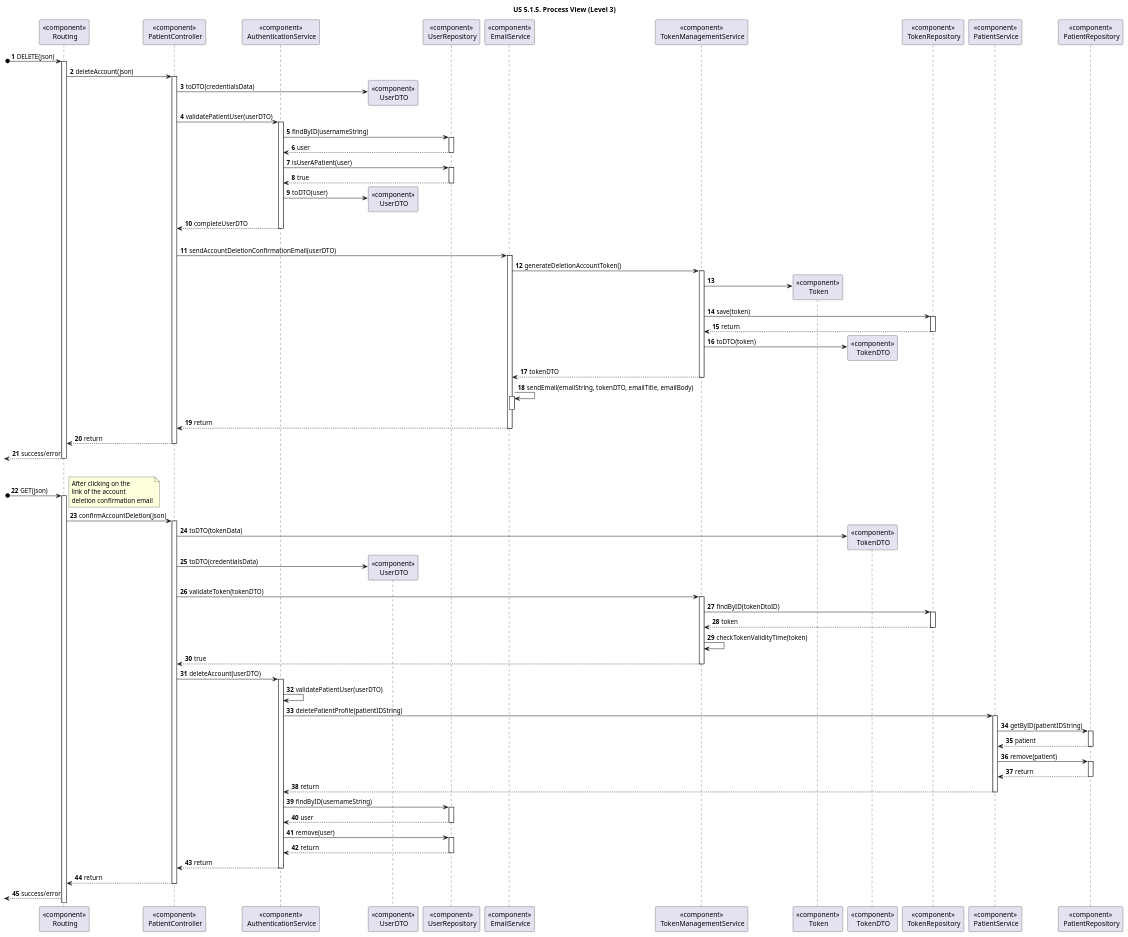
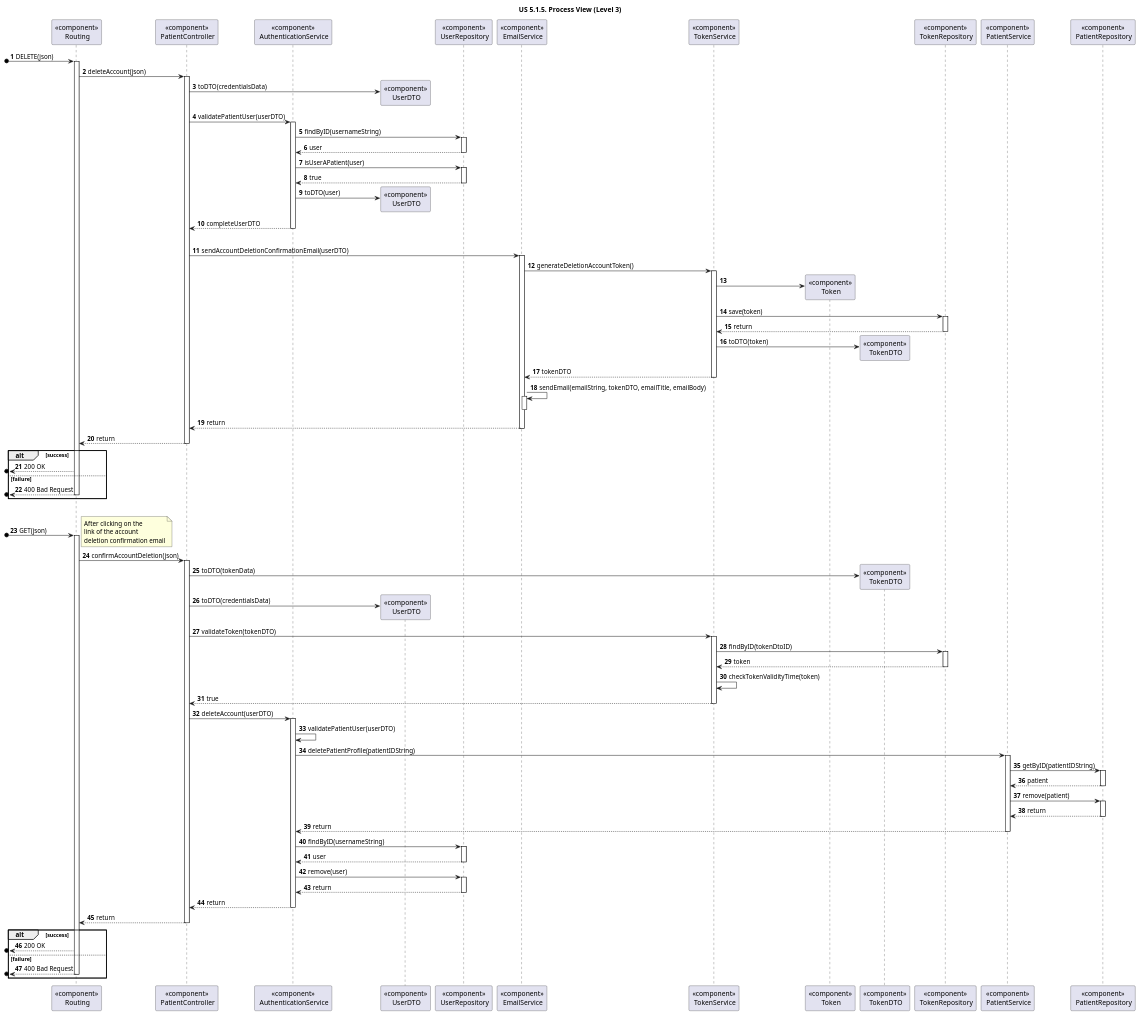
Before and after one commit to rita-barbosa/LAPR5-2425: the diagram in docs/sprint-1/1220683/us-5.1.5/diagrams/Process_View/Level-3/us5-process-view-lvl3.puml, drawn with PlantUML. The commit also changed 2 other files, not shown here.

Commit message:
DG38-4 | docs: process view diagrams update and design patterns justifications corrections

```diff
--- a/docs/sprint-1/1220683/us-5.1.5/diagrams/Process_View/Level-3/us5-process-view-lvl3.puml
+++ b/docs/sprint-1/1220683/us-5.1.5/diagrams/Process_View/Level-3/us5-process-view-lvl3.puml
@@ -1,172 +1,184 @@
 @startuml
 'https://plantuml.com/sequence-diagram
 
 title "US 5.1.5. Process View (Level 3)"
 
 autonumber
 
 participant "<<component>>\n Routing" as ROUTE
 participant "<<component>>\n PatientController" as CONTROL
 
 participant "<<component>>\n AuthenticationService" as AUTHServ
 
 participant "<<component>>\n UserDTO" as UserDTO
 
 participant "<<component>>\n UserRepository" as AUTHRepo
 
 participant "<<component>>\n EmailService" as EMAILServ
 
-participant "<<component>>\n TokenManagementService" as TOKENServ
+participant "<<component>>\n TokenService" as TOKENServ
 participant "<<component>>\n Token" as TOKEN
 participant "<<component>>\n TokenDTO" as TokenDTO
 participant "<<component>>\n TokenRepository" as TOKENRepo
 
 participant "<<component>>\n PatientService" as PATIENTServ
 participant "<<component>>\n PatientRepository" as PATIENTRepo
 
 
 [o-> ROUTE : DELETE(json)
 activate ROUTE
 
 ROUTE -> CONTROL : deleteAccount(json)
 activate CONTROL
 
 CONTROL -> UserDTO** : toDTO(credentialsData)
 
 CONTROL -> AUTHServ : validatePatientUser(userDTO)
 activate AUTHServ
 
 AUTHServ -> AUTHRepo : findByID(usernameString)
 activate AUTHRepo
 
 
 AUTHRepo --> AUTHServ : user
 deactivate AUTHRepo
 
 AUTHServ -> AUTHRepo : isUserAPatient(user)
 activate AUTHRepo
 
 AUTHRepo --> AUTHServ : true
 deactivate AUTHRepo
 
 AUTHServ -> UserDTO ** : toDTO(user)
 
 AUTHServ --> CONTROL : completeUserDTO
 deactivate AUTHServ
 
 |||
 'SENDING EMAIL
 
 CONTROL -> EMAILServ : sendAccountDeletionConfirmationEmail(userDTO)
 activate EMAILServ
 
 EMAILServ -> TOKENServ : generateDeletionAccountToken()
 activate TOKENServ
 
 TOKENServ -> TOKEN **
 
 TOKENServ -> TOKENRepo : save(token)
 activate TOKENRepo
 
 
 TOKENRepo --> TOKENServ : return
 deactivate TOKENRepo
 
 TOKENServ -> TokenDTO ** : toDTO(token)
 
 TOKENServ --> EMAILServ : tokenDTO
 deactivate TOKENServ
 
 EMAILServ -> EMAILServ : sendEmail(emailString, tokenDTO, emailTitle, emailBody)
 activate EMAILServ
 deactivate EMAILServ
 
 
 EMAILServ --> CONTROL : return
 deactivate EMAILServ
 
 CONTROL --> ROUTE : return
 deactivate CONTROL
 
-<-- ROUTE : success/error
+alt success
+[o<-- ROUTE : 200 OK
+
+else failure
+
+[o<-- ROUTE : 400 Bad Request
 deactivate ROUTE
-
+end alt
 
 |||
 
 'CONFIRMATION
 
 [o-> ROUTE : GET(json)
 note left
 After clicking on the
 link of the account
 deletion confirmation email
 end note
 activate ROUTE
 
 ROUTE -> CONTROL : confirmAccountDeletion(json)
 activate CONTROL
 
 CONTROL -> TokenDTO ** : toDTO(tokenData)
 CONTROL -> UserDTO ** : toDTO(credentialsData)
 
 CONTROL -> TOKENServ : validateToken(tokenDTO)
 activate TOKENServ
 
 TOKENServ -> TOKENRepo : findByID(tokenDtoID)
 activate TOKENRepo
 
 TOKENRepo --> TOKENServ : token
 deactivate TOKENRepo
 
 TOKENServ -> TOKENServ : checkTokenValidityTime(token)
 
 TOKENServ --> CONTROL : true
 deactivate TOKENServ
 
 CONTROL -> AUTHServ : deleteAccount(userDTO)
 activate AUTHServ
 
 AUTHServ -> AUTHServ : validatePatientUser(userDTO)
 
 AUTHServ -> PATIENTServ : deletePatientProfile(patientIDString)
 activate PATIENTServ
 
 PATIENTServ -> PATIENTRepo : getByID(patientIDString)
 activate PATIENTRepo
 
 PATIENTRepo --> PATIENTServ : patient
 deactivate PATIENTRepo
 
 PATIENTServ -> PATIENTRepo : remove(patient)
 activate PATIENTRepo
 
 
 PATIENTRepo --> PATIENTServ : return
 deactivate PATIENTRepo
 
 PATIENTServ --> AUTHServ : return
 deactivate PATIENTServ
 
 AUTHServ -> AUTHRepo :  findByID(usernameString)
 activate AUTHRepo
 
 AUTHRepo --> AUTHServ : user
 deactivate AUTHRepo
 
 AUTHServ -> AUTHRepo : remove(user)
 activate AUTHRepo
 
 
 AUTHRepo --> AUTHServ : return
 deactivate AUTHRepo
 
 AUTHServ --> CONTROL : return
 deactivate AUTHServ
 
 CONTROL --> ROUTE : return
 deactivate CONTROL
 
-<-- ROUTE : success/error
+alt success
+[o<-- ROUTE : 200 OK
+
+else failure
+
+[o<-- ROUTE : 400 Bad Request
+deactivate ROUTE
+end alt
 
 @enduml
```
